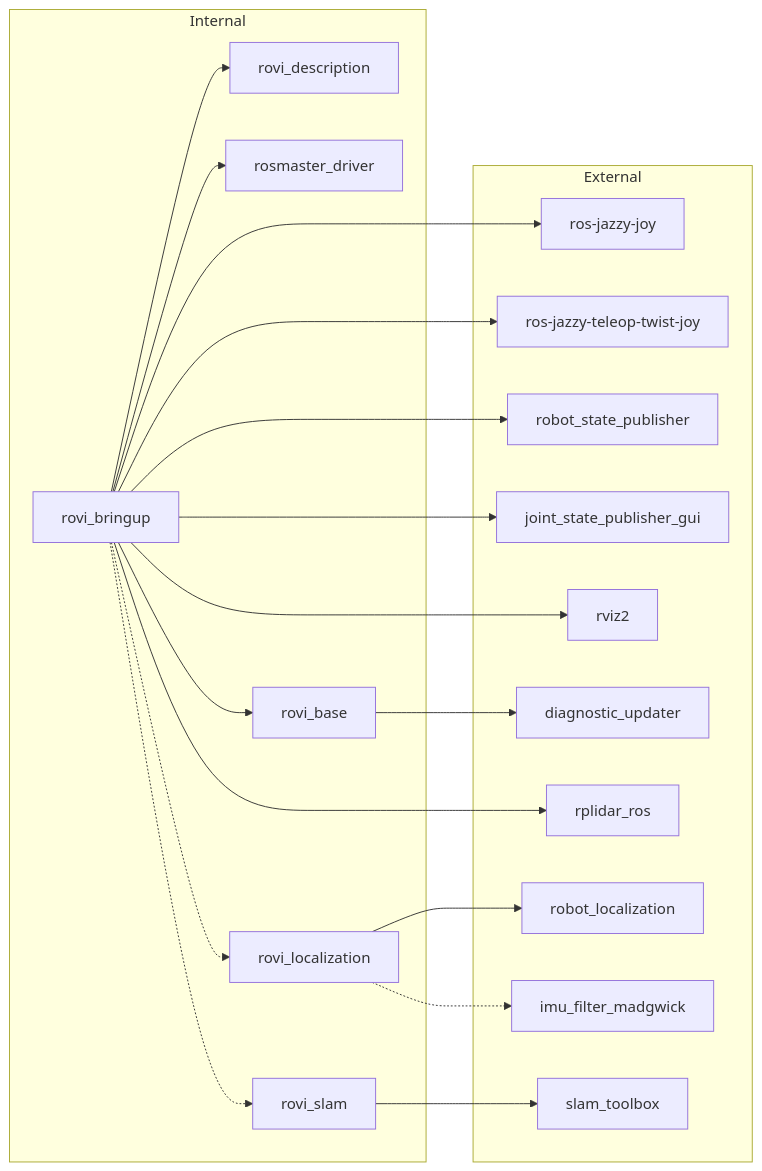
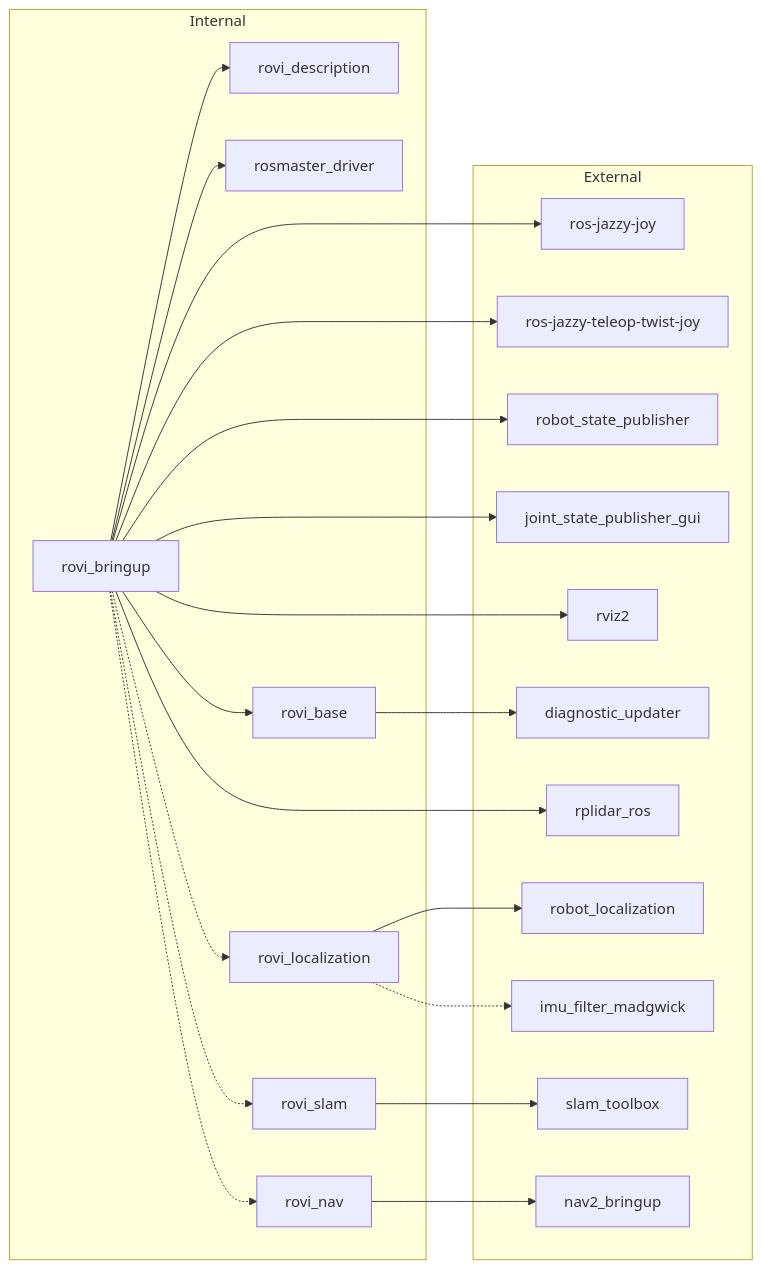
The ninth of 9 diagrams in README.md (Roblibs/rovi_ros_ws), drawn with Mermaid before and after one commit. The commit also changed other lines of this file, not shown here.

````diff
--- a/README.md
+++ b/README.md
@@ -335,42 +432,46 @@
 ```mermaid
 flowchart LR
   subgraph Internal
     RoviBringup[rovi_bringup]
     RoviDesc[rovi_description]
     Rosmaster[rosmaster_driver]
     RoviBase[rovi_base]
     RoviLoc[rovi_localization]
     RoviSlam[rovi_slam]
+    RoviNav[rovi_nav]
   end
 
   subgraph External
     Joy[ros-jazzy-joy]
     Teleop[ros-jazzy-teleop-twist-joy]
-  RSP[robot_state_publisher]
-  JSPG[joint_state_publisher_gui]
-  RVIZ[rviz2]
-  Diag[diagnostic_updater]
-  RPLidar[rplidar_ros]
-  EKF[robot_localization]
-  ImuFilter[imu_filter_madgwick]
-  SlamToolbox[slam_toolbox]
+    RSP[robot_state_publisher]
+    JSPG[joint_state_publisher_gui]
+    RVIZ[rviz2]
+    Diag[diagnostic_updater]
+    RPLidar[rplidar_ros]
+    EKF[robot_localization]
+    ImuFilter[imu_filter_madgwick]
+    SlamToolbox[slam_toolbox]
+    Nav2[nav2_bringup]
   end
 
   RoviBringup --> RoviDesc
   RoviBringup --> Rosmaster
   RoviBringup --> RoviBase
   RoviBringup -.-> RoviLoc
   RoviBringup -.-> RoviSlam
+  RoviBringup -.-> RoviNav
   RoviBringup --> Joy
   RoviBringup --> Teleop
   RoviBringup --> RSP
   RoviBringup --> JSPG
   RoviBringup --> RVIZ
   RoviBringup --> RPLidar
 
   RoviBase --> Diag
 
   RoviLoc --> EKF
   RoviLoc -.-> ImuFilter
   RoviSlam --> SlamToolbox
+  RoviNav --> Nav2
 ```
````
